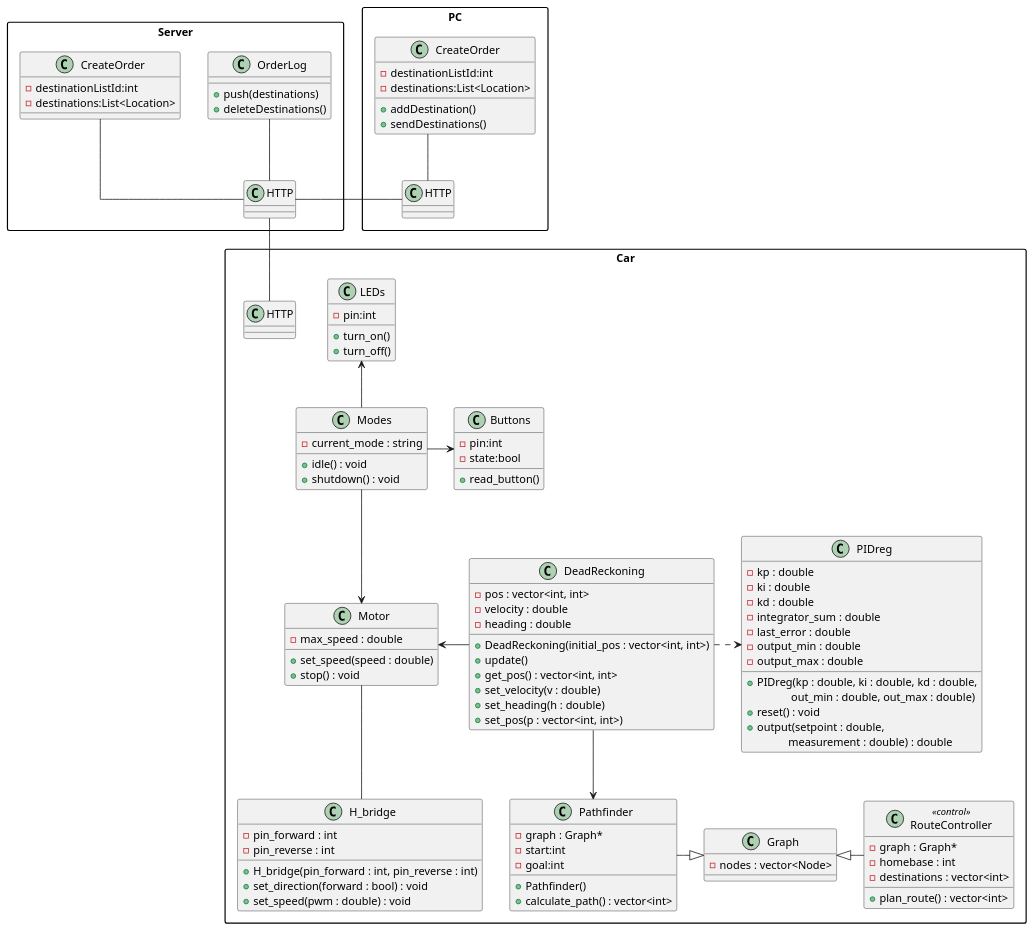
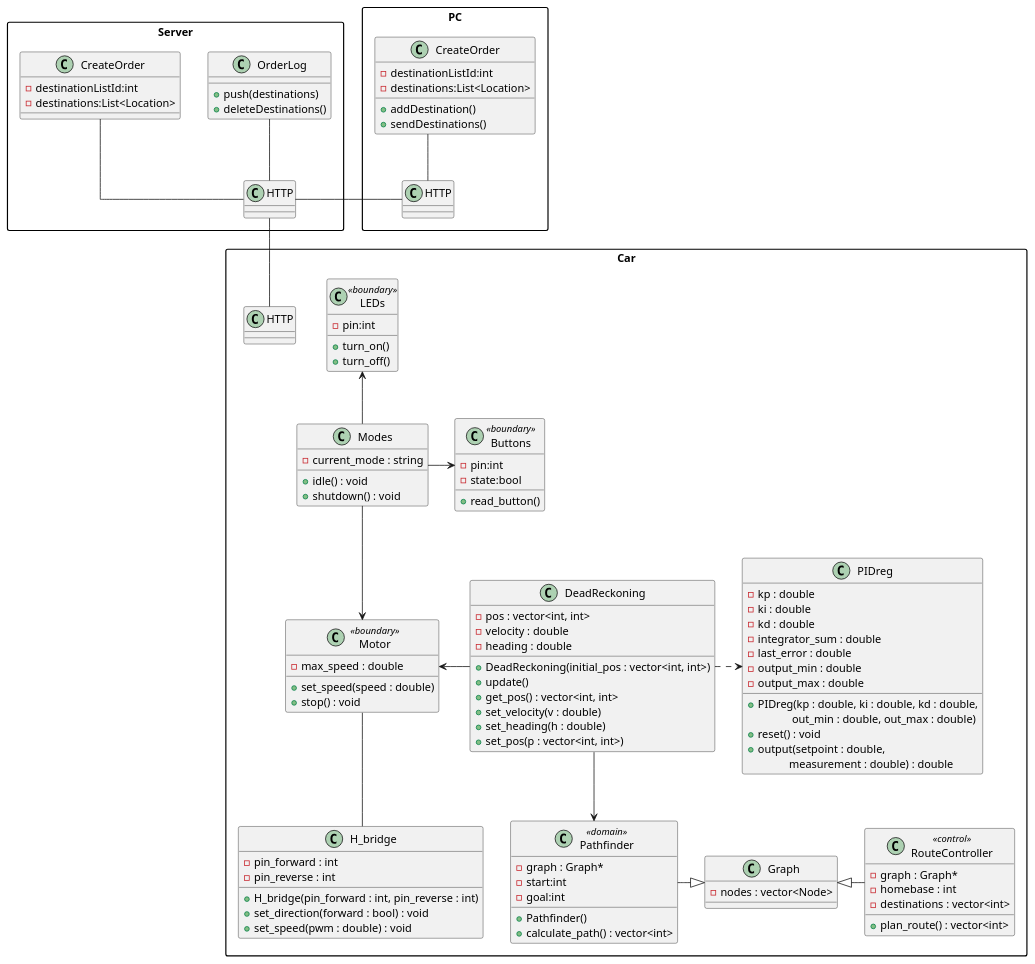
The diagram in docs/diagrams/Plantuml/apModel/classes.puml (lineklemensen/PRJ3), drawn with PlantUML before and after one commit.

Commit message:
Class types

```diff
--- a/docs/diagrams/Plantuml/apModel/classes.puml
+++ b/docs/diagrams/Plantuml/apModel/classes.puml
@@ -1,152 +1,152 @@
 @startuml Classes
 
 skinparam {
     packageStyle rectangle
     Linetype ortho
 }
 
 package PC
 {
     class "HTTP" as phttp
 
     class "CreateOrder" as pco
     {
         -destinationListId:int
         -destinations:List<Location>
         +addDestination()
         +sendDestinations()
     }
 }
 
 package Server
 {
     class "HTTP" as shttp
 
     class "OrderLog" as ol
     {
         +push(destinations)
         +deleteDestinations()
     }
 
     class "CreateOrder" as sco
     {
         -destinationListId:int
         -destinations:List<Location>
     }
 }
 
 package Car
 {
 
-    class "LEDs" as led
+    class "LEDs" as led <<boundary>>
     {
         -pin:int
         +turn_on()
         +turn_off()
     }
 
     class "Modes" as md
     {
         -current_mode : string
         +idle() : void
         +shutdown() : void
 
     }
 
-    class "Buttons" as b
+    class "Buttons" as b <<boundary>>
     {
         -pin:int
         -state:bool
         +read_button()
     }
 
-    class "Motor" as m
+    class "Motor" as m <<boundary>>
     {
         -max_speed : double
         +set_speed(speed : double)
         +stop() : void
     }
 
     class "PIDreg" as pid
     {
         -kp : double
         -ki : double
         -kd : double
         -integrator_sum : double
         -last_error : double
         -output_min : double
         -output_max : double
         +PIDreg(kp : double, ki : double, kd : double,
         \t    out_min : double, out_max : double)
         +reset() : void
         +output(setpoint : double,
         \t   measurement : double) : double
     }
 
 
-    class "Pathfinder" as pf
+    class "Pathfinder" as pf <<domain>>
     {
         -graph : Graph*
         -start:int
         -goal:int
         +Pathfinder()
         +calculate_path() : vector<int>
     }
 
     class "DeadReckoning" as dr
     {
         -pos : vector<int, int>
         -velocity : double
         -heading : double
         +DeadReckoning(initial_pos : vector<int, int>)
         +update()
         +get_pos() : vector<int, int>
         +set_velocity(v : double)
         +set_heading(h : double)
         +set_pos(p : vector<int, int>)
     }
 
     class "RouteController" as rc <<control>>
     {
         -graph : Graph*
         -homebase : int
         -destinations : vector<int>
         +plan_route() : vector<int>
 
     }
 
     class "H_bridge" as hb
     {
         -pin_forward : int
         -pin_reverse : int
         +H_bridge(pin_forward : int, pin_reverse : int)
         +set_direction(forward : bool) : void
         +set_speed(pwm : double) : void
     }
 
     class "HTTP" as chttp
 
     class Graph {
         -nodes : vector<Node>
     }
 }
 
 dr --> pf
 dr .r.> pid
 dr -l-> m
 m -- hb
 
 md -d-> m
 md -r-> b
 md -u-> led
 
 ol -- shttp
 sco -- shttp
 pco -- phttp
 
 shttp -- chttp
 shttp -l- phttp
 
 Graph <|-l- pf 
 Graph <|-r- rc
 @enduml
```
